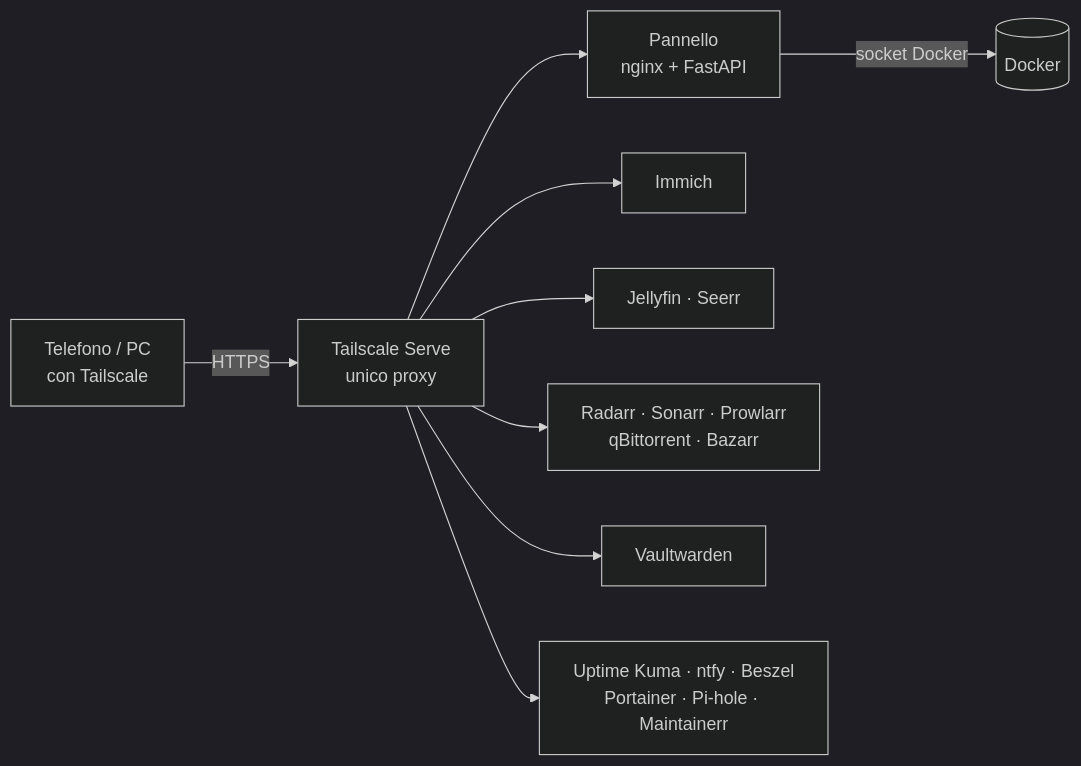
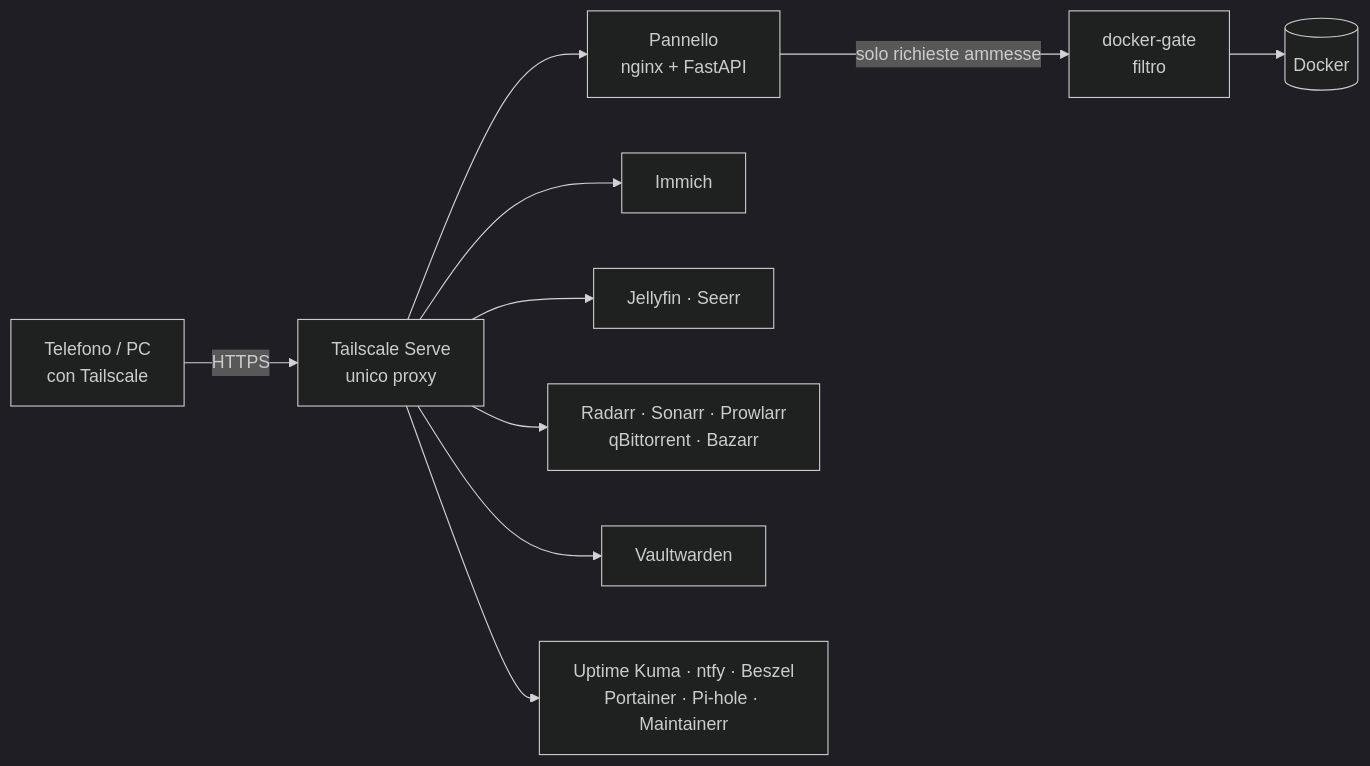
Before and after one commit to S1nd01/Server-Privato: the first of 2 diagrams in README.md, drawn with Mermaid (dark theme). The commit also changed other lines of this file and 33 other files, not shown here.

````diff
--- a/README.md
+++ b/README.md
@@ -48,11 +48,11 @@
 ```mermaid
 flowchart LR
     tel["Telefono / PC<br/>con Tailscale"] -->|HTTPS| ts["Tailscale Serve<br/>unico proxy"]
     ts --> pan["Pannello<br/>nginx + FastAPI"]
     ts --> foto["Immich"]
     ts --> media["Jellyfin · Seerr"]
     ts --> arr["Radarr · Sonarr · Prowlarr<br/>qBittorrent · Bazarr"]
     ts --> vw["Vaultwarden"]
     ts --> ctl["Uptime Kuma · ntfy · Beszel<br/>Portainer · Pi-hole · Maintainerr"]
-    pan -->|socket Docker| dk[("Docker")]
+    pan -->|"solo richieste ammesse"| gate["docker-gate<br/>filtro"] --> dk[("Docker")]
 ```
````
